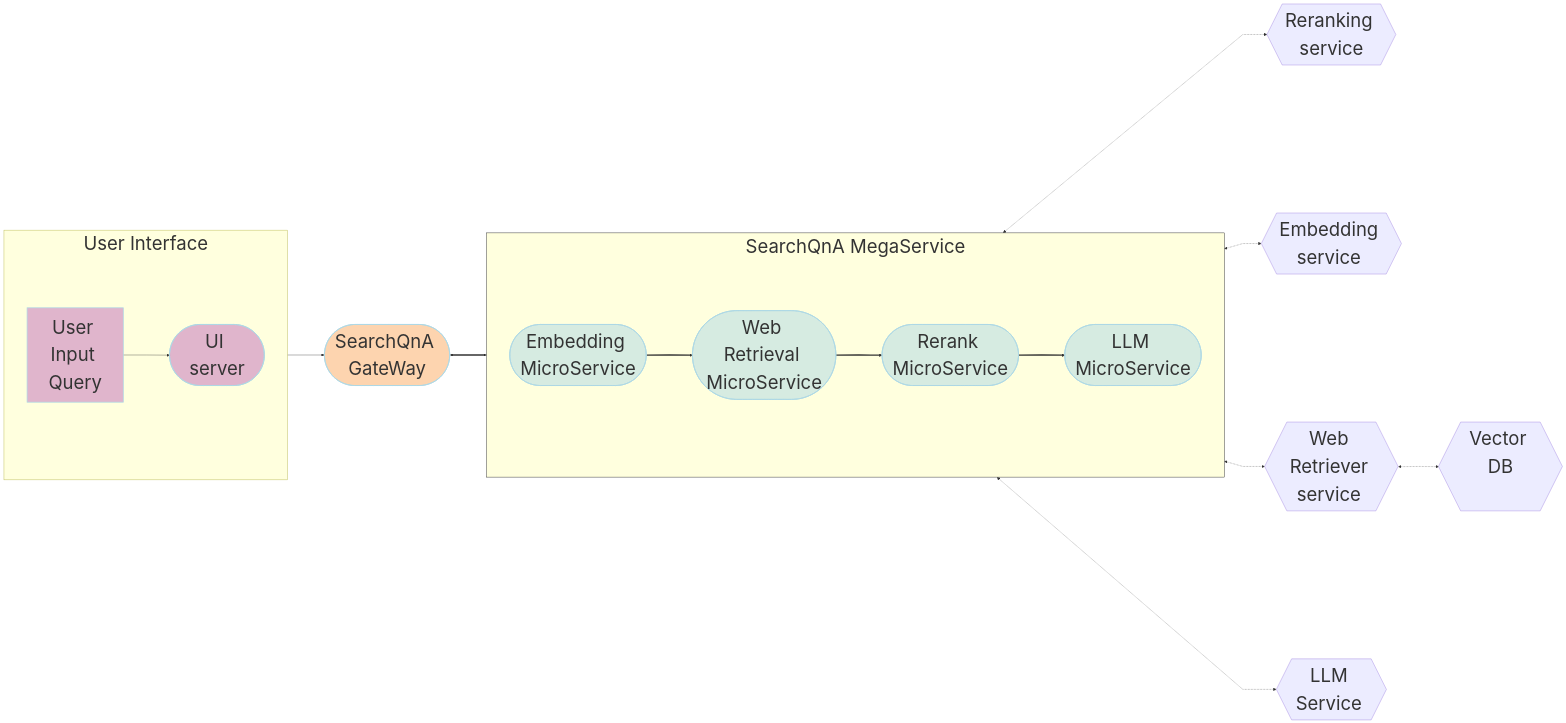
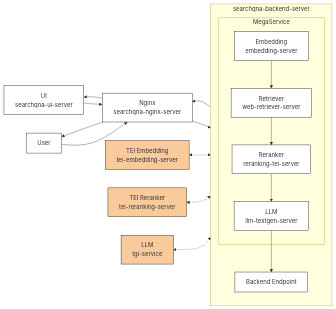
One commit to opea-project/GenAIExamples changed the diagram in SearchQnA/README.md. Above: the diagram before and after it, drawn with Mermaid.

Commit message:
Updated diagram to include nginx, and use names like the container names

````diff
--- a/SearchQnA/README.md
+++ b/SearchQnA/README.md
@@ -25,62 +25,36 @@
 ```mermaid
 ---
 config:
-  flowchart:
-    nodeSpacing: 400
-    rankSpacing: 100
-    curve: linear
-  themeVariables:
-    fontSize: 50px
+  layout: fixed
 ---
-flowchart LR
-    %% Colors %%
-    classDef blue fill:#ADD8E6,stroke:#ADD8E6,stroke-width:2px,fill-opacity:0.5
-    classDef orange fill:#FBAA60,stroke:#ADD8E6,stroke-width:2px,fill-opacity:0.5
-    classDef orchid fill:#C26DBC,stroke:#ADD8E6,stroke-width:2px,fill-opacity:0.5
-    classDef invisible fill:transparent,stroke:transparent;
-    style SearchQnA-MegaService stroke:#000000
-
-    %% Subgraphs %%
-    subgraph SearchQnA-MegaService["SearchQnA MegaService "]
-        direction LR
-        EM([Embedding MicroService]):::blue
-        RET([Web Retrieval MicroService]):::blue
-        RER([Rerank MicroService]):::blue
-        LLM([LLM MicroService]):::blue
-    end
-    subgraph UserInterface[" User Interface "]
-        direction LR
-        a([User Input Query]):::orchid
-        UI([UI server<br>]):::orchid
-    end
-
-
-
-    TEI_RER{{Reranking service<br>}}
-    TEI_EM{{Embedding service <br>}}
-    VDB{{Vector DB<br><br>}}
-    R_RET{{Web Retriever service <br>}}
-    LLM_gen{{LLM Service <br>}}
-    GW([SearchQnA GateWay<br>]):::orange
-
-    %% Questions interaction
-    direction LR
-    a[User Input Query] --> UI
-    UI --> GW
-    GW <==> SearchQnA-MegaService
-    EM ==> RET
-    RET ==> RER
-    RER ==> LLM
-
-    %% Embedding service flow
-    direction LR
-    EM <-.-> TEI_EM
-    RET <-.-> R_RET
-    RER <-.-> TEI_RER
-    LLM <-.-> LLM_gen
-
+flowchart RL
+ subgraph MegaService["MegaService"]
+        LLM["LLM<br>llm-textgen-server"]
+        Reranker["Reranker<br>reranking-tei-server"]
+        Retriever["Retriever<br>web-retriever-server"]
+        Embedding["Embedding<br>embedding-server"]
+  end
+ subgraph Backend["searchqna-backend-server"]
     direction TB
-    %% Vector DB interaction
-    R_RET <-.-> VDB
+        MegaService
+        Gateway["Backend Endpoint"]
+  end
+    User["User"] --> Nginx["Nginx<br>searchqna-nginx-server"]
+    Nginx --> UI["UI<br>searchqna-ui-server"] & Gateway & User
+    UI --> Nginx
+    Gateway --> Nginx
+    Embedding --> Retriever
+    Retriever --> Reranker
+    Reranker --> LLM
+    LLM --> Gateway
+    Embedding <-.-> TEI_Embedding["TEI Embedding<br>tei-embedding-server"]
+    Reranker <-.-> TEI_Reranker["TEI Reranker<br>tei-reranking-server"]
+    LLM <-.-> TGI_Service["LLM<br>tgi-service"]
+     TEI_Embedding:::ext
+     TEI_Reranker:::ext
+     TGI_Service:::ext
+    classDef default fill:#fff,stroke:#000
+    classDef ext fill:#f9cb9c,stroke:#000
+    style MegaService margin-top:20px,margin-bottom:20px
 
 ```
````
